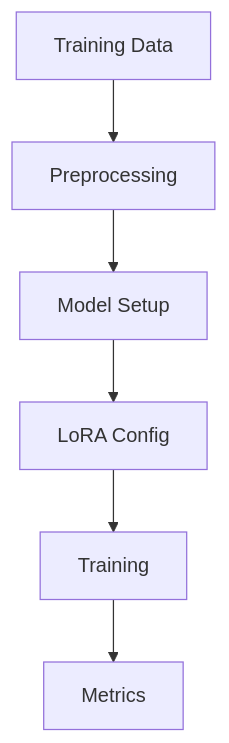
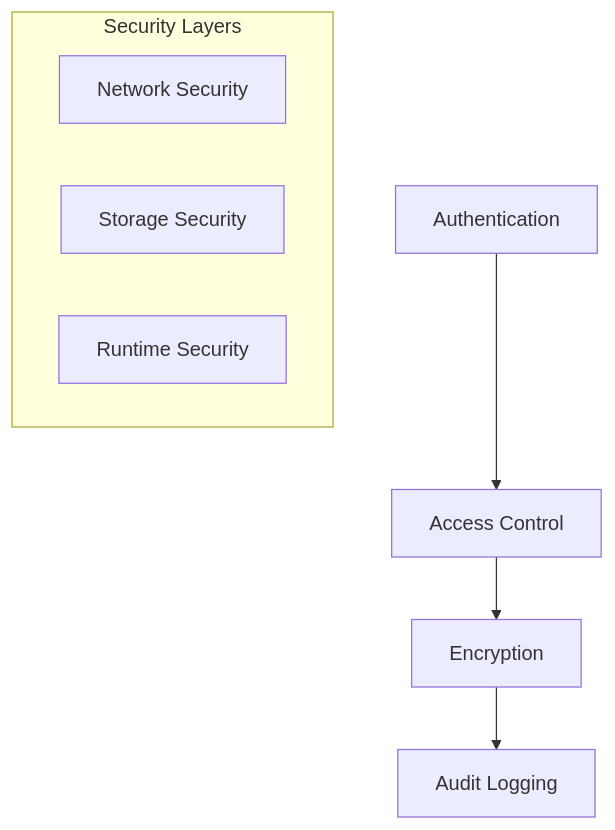
Before and after one commit to zachshallbetter/LlamaHome: the ninth of 13 diagrams in docs/Architecture.md, drawn with Mermaid. The commit also changed other lines of this file and 51 other files, not shown here.

````diff
--- a/docs/Architecture.md
+++ b/docs/Architecture.md
@@ -124,8 +236,12 @@
 ```mermaid
-graph TD
-    A[Training Data] --> B[Preprocessing]
-    B --> C[Model Setup]
-    C --> D[LoRA Config]
-    D --> E[Training]
-    E --> F[Metrics]
+graph TB
+    Auth[Authentication] --> Access[Access Control]
+    Access --> Crypto[Encryption]
+    Crypto --> Audit[Audit Logging]
+    
+    subgraph Security Layers
+        Network[Network Security]
+        Storage[Storage Security]
+        Runtime[Runtime Security]
+    end
 ```
````
